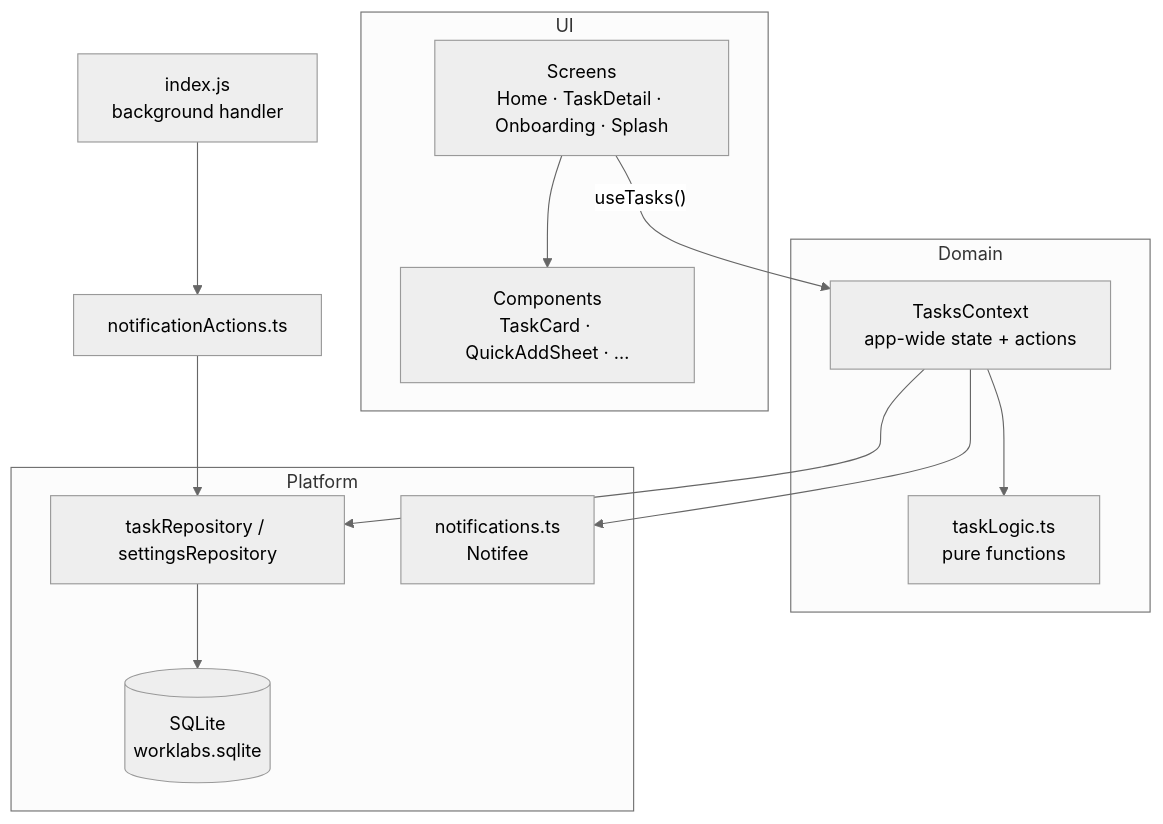
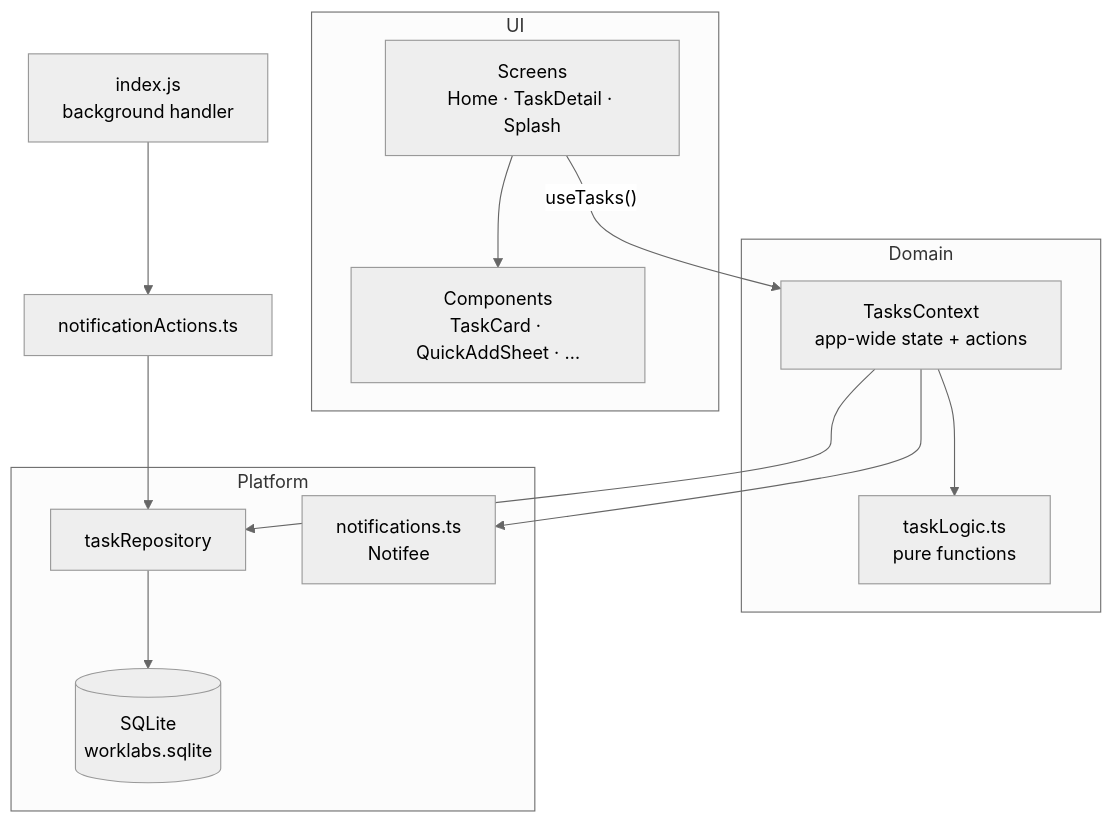
Before and after one commit to alpha3747/workLabs: the diagram in docs/ARCHITECTURE.md, drawn with Mermaid (neutral theme). The commit also changed other lines of this file and 43 other files, not shown here.

````diff
--- a/docs/ARCHITECTURE.md
+++ b/docs/ARCHITECTURE.md
@@ -8,22 +8,22 @@
 ```mermaid
 flowchart TD
     subgraph UI
-      S[Screens<br/>Home · TaskDetail · Onboarding · Splash]
+      S[Screens<br/>Home · TaskDetail · Splash]
       C[Components<br/>TaskCard · QuickAddSheet · …]
     end
     subgraph Domain
       CTX[TasksContext<br/>app-wide state + actions]
       L[taskLogic.ts<br/>pure functions]
     end
     subgraph Platform
-      R[taskRepository / settingsRepository]
+      R[taskRepository]
       DB[(SQLite<br/>worklabs.sqlite)]
       N[notifications.ts<br/>Notifee]
     end
     S --> C
     S -- useTasks() --> CTX
     CTX --> L
     CTX --> R --> DB
     CTX --> N
     BG[index.js<br/>background handler] --> A[notificationActions.ts] --> R
 ```
````
